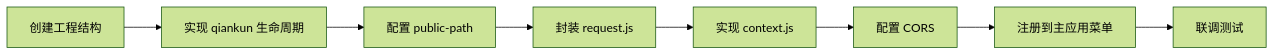
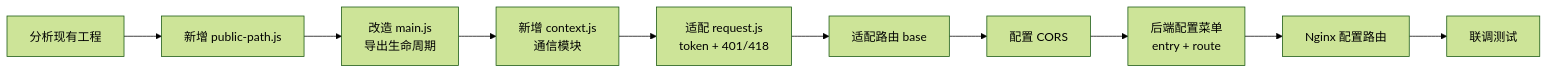
One commit to 13837678992/learning-lab changed the third of 7 diagrams in fmac-front-main/docs/framework-migration-plan.md. Above: the diagram before and after it, drawn with Mermaid (forest theme). The commit also changed other lines of this file and 21 other files, not shown here.

````diff
--- a/fmac-front-main/docs/framework-migration-plan.md
+++ b/fmac-front-main/docs/framework-migration-plan.md
@@ -351,10 +261,12 @@
 ```mermaid
 flowchart LR
-    A[创建工程结构] --> B[实现 qiankun 生命周期]
-    B --> C[配置 public-path]
-    C --> D[封装 request.js]
-    D --> E[实现 context.js]
-    E --> F[配置 CORS]
-    F --> G[注册到主应用菜单]
-    G --> H[联调测试]
+    A[分析现有工程] --> B[新增 public-path.js]
+    B --> C[改造 main.js<br/>导出生命周期]
+    C --> D[新增 context.js<br/>通信模块]
+    D --> E[适配 request.js<br/>token + 401/418]
+    E --> F[适配路由 base]
+    F --> G[配置 CORS]
+    G --> H[后端配置菜单<br/>entry + route]
+    H --> I[Nginx 配置路由]
+    I --> J[联调测试]
 ```
````
